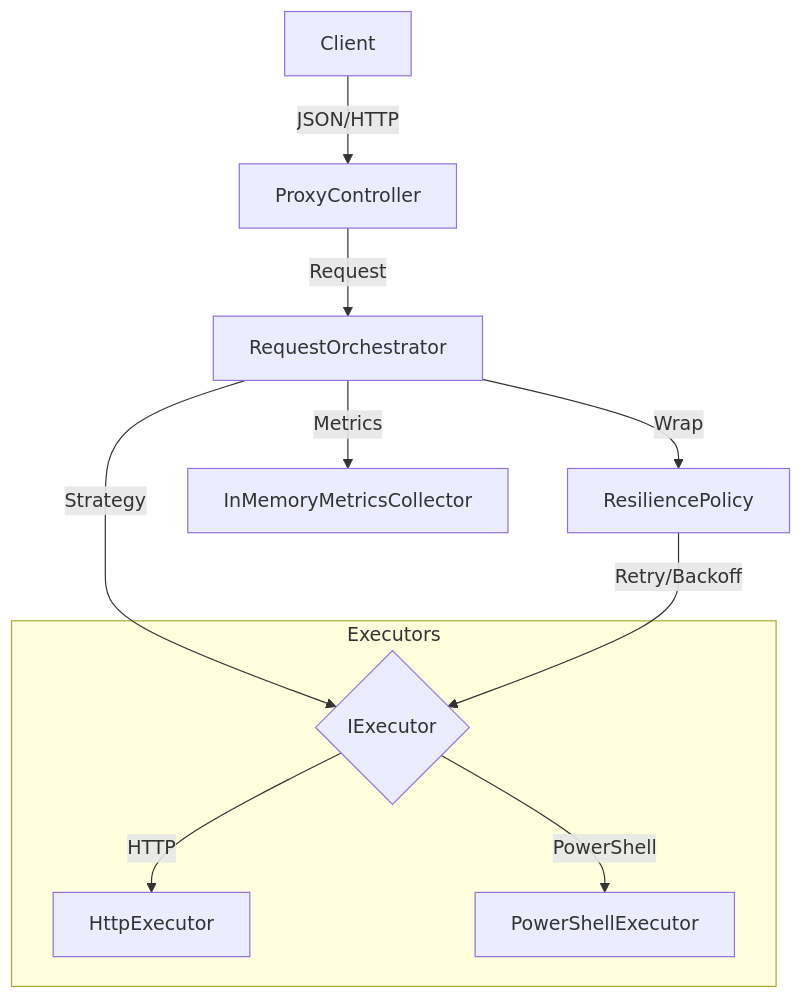
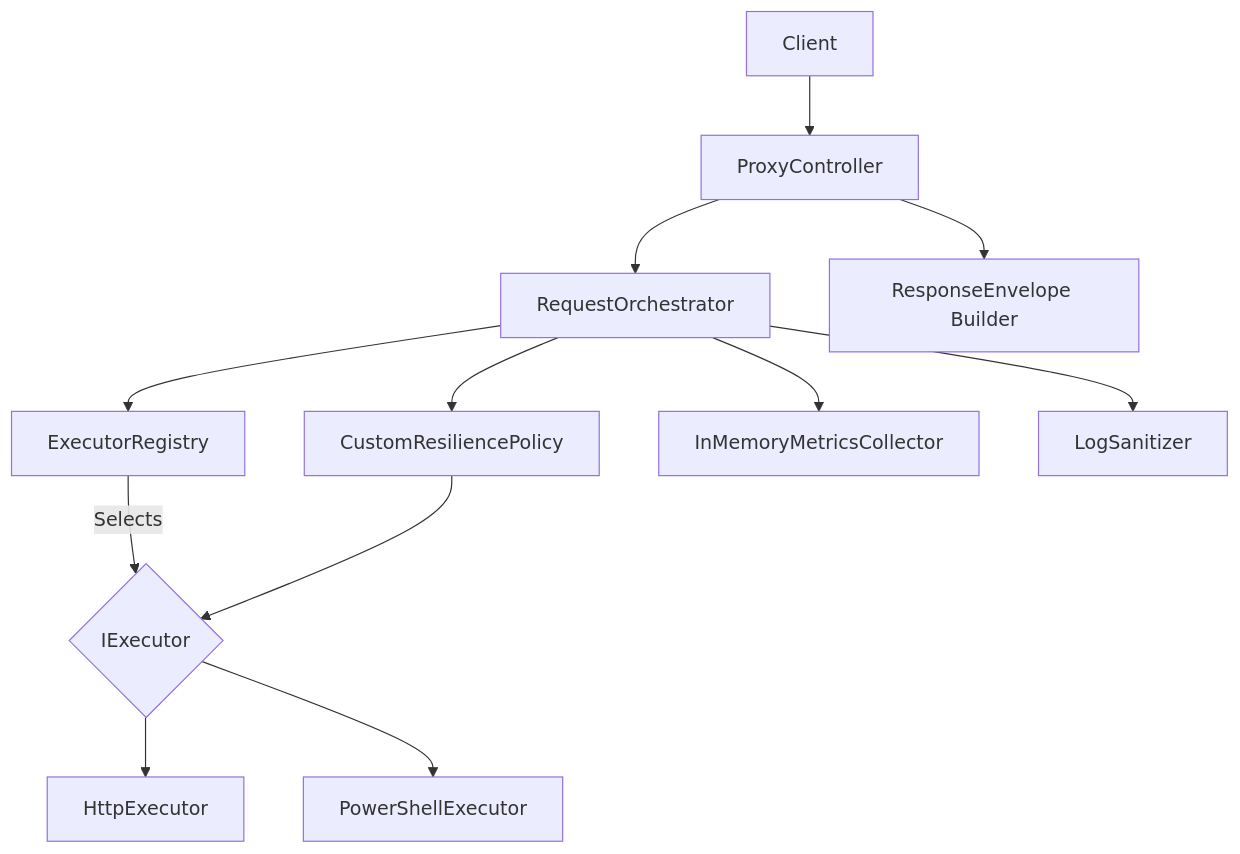
The diagram in README.md (janospalinkasjr/RemoteRequestExecutionService), drawn with Mermaid before and after one commit. The commit also changed other lines of this file and 1 other file, not shown here.

````diff
--- a/README.md
+++ b/README.md
@@ -9,15 +7,22 @@
 ```mermaid
 graph TD
-    Client -->|JSON/HTTP| Controller[ProxyController]
-    Controller -->|Request| Orchestrator[RequestOrchestrator]
-    Orchestrator -->|Strategy| Executor{IExecutor}
-    Orchestrator -->|Wrap| Resilience[ResiliencePolicy]
-    Resilience -->|Retry/Backoff| Executor
 
-    subgraph Executors
-    Executor -->|HTTP| HttpEx[HttpExecutor]
-    Executor -->|PowerShell| PSEx[PowerShellExecutor]
-    end
+    Client --> API[ProxyController]
 
-    Orchestrator -->|Metrics| Metrics[InMemoryMetricsCollector]
+    API --> ORCH[RequestOrchestrator]
+
+    ORCH --> REG[ExecutorRegistry]
+    REG -->|Selects| EXEC{IExecutor}
+
+    EXEC --> HTTPE[HttpExecutor]
+    EXEC --> PSE[PowerShellExecutor]
+
+    ORCH --> POL[CustomResiliencePolicy]
+    POL --> EXEC
+
+    ORCH --> METRICS[InMemoryMetricsCollector]
+
+    ORCH --> SAN[LogSanitizer]
+
+    API --> RESP[ResponseEnvelope Builder]
 ```
````
